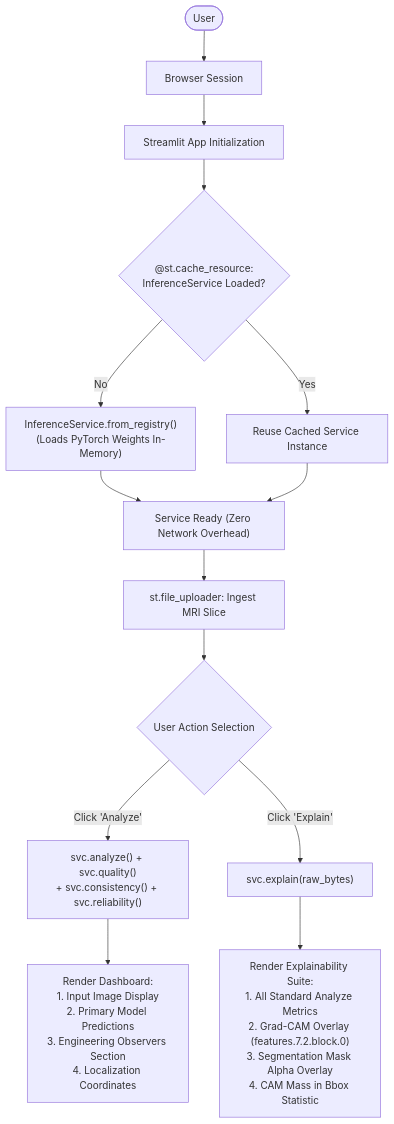
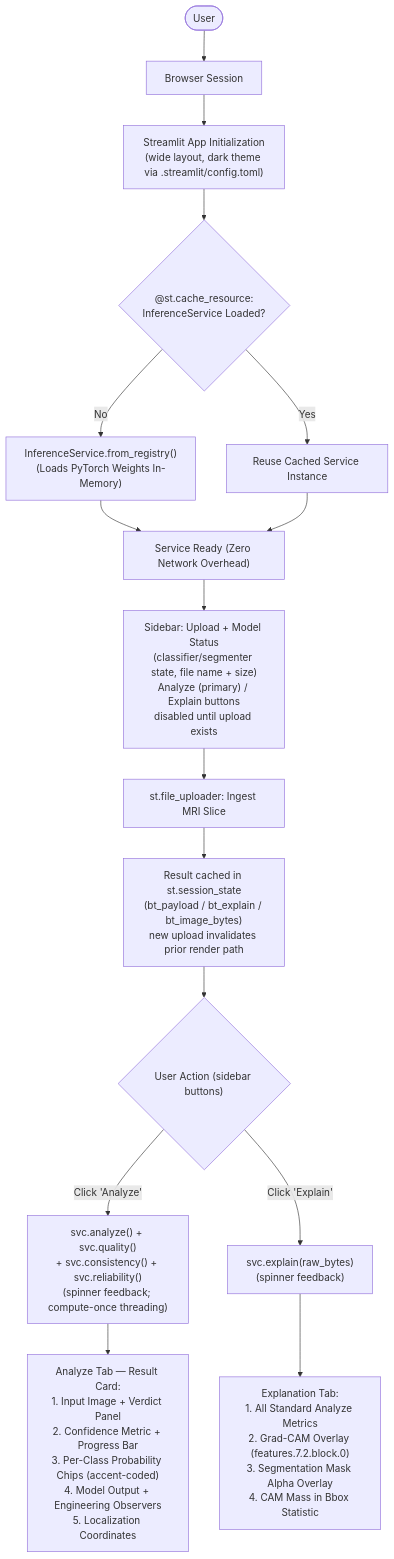
One commit to NeutronZero/BrainTumor-MajorProject changed diagram 14 of 22 in docs/architecture/system_architecture_specification.md. Above: the diagram before and after it, drawn with Mermaid. The commit also changed other lines of this file and 101 other files, not shown here.

````diff
--- a/docs/architecture/system_architecture_specification.md
+++ b/docs/architecture/system_architecture_specification.md
@@ -881,21 +894,23 @@
 ```mermaid
 flowchart TD
     User([User]) --> Browser["Browser Session"]
-    Browser --> AppStartup["Streamlit App Initialization"]
+    Browser --> AppStartup["Streamlit App Initialization<br/>(wide layout, dark theme via .streamlit/config.toml)"]
     AppStartup --> CacheCheck{"@st.cache_resource:<br/>InferenceService Loaded?"}
-    
+
     CacheCheck -->|No| LoadService["InferenceService.from_registry()<br/>(Loads PyTorch Weights In-Memory)"]
     CacheCheck -->|Yes| ReuseService["Reuse Cached Service Instance"]
     LoadService --> Ready["Service Ready (Zero Network Overhead)"]
     ReuseService --> Ready
 
-    Ready --> Upload["st.file_uploader: Ingest MRI Slice"]
-    Upload --> Action{"User Action Selection"}
+    Ready --> Sidebar["Sidebar: Upload + Model Status<br/>(classifier/segmenter state, file name + size)<br/>Analyze (primary) / Explain buttons<br/>disabled until upload exists"]
+    Sidebar --> Upload["st.file_uploader: Ingest MRI Slice"]
+    Upload --> SessionCache["Result cached in st.session_state<br/>(bt_payload / bt_explain / bt_image_bytes)<br/>new upload invalidates prior render path"]
 
-    Action -->|Click 'Analyze'| ExecAnalyze["svc.analyze() + svc.quality()<br/>+ svc.consistency() + svc.reliability()"]
-    Action -->|Click 'Explain'| ExecExplain["svc.explain(raw_bytes)"]
+    SessionCache --> Action{"User Action (sidebar buttons)"}
 
-    ExecAnalyze --> RenderAnalyze["Render Dashboard:<br/>1. Input Image Display<br/>2. Primary Model Predictions<br/>3. Engineering Observers Section<br/>4. Localization Coordinates"]
-    
-    ExecExplain --> RenderExplain["Render Explainability Suite:<br/>1. All Standard Analyze Metrics<br/>2. Grad-CAM Overlay (features.7.2.block.0)<br/>3. Segmentation Mask Alpha Overlay<br/>4. CAM Mass in Bbox Statistic"]
+    Action -->|Click 'Analyze'| ExecAnalyze["svc.analyze() + svc.quality()<br/>+ svc.consistency() + svc.reliability()<br/>(spinner feedback; compute-once threading)"]
+    Action -->|Click 'Explain'| ExecExplain["svc.explain(raw_bytes)<br/>(spinner feedback)"]
+
+    ExecAnalyze --> RenderAnalyze["Analyze Tab — Result Card:<br/>1. Input Image + Verdict Panel<br/>2. Confidence Metric + Progress Bar<br/>3. Per-Class Probability Chips (accent-coded)<br/>4. Model Output + Engineering Observers<br/>5. Localization Coordinates"]
+    ExecExplain --> RenderExplain["Explanation Tab:<br/>1. All Standard Analyze Metrics<br/>2. Grad-CAM Overlay (features.7.2.block.0)<br/>3. Segmentation Mask Alpha Overlay<br/>4. CAM Mass in Bbox Statistic"]
 ```
````
